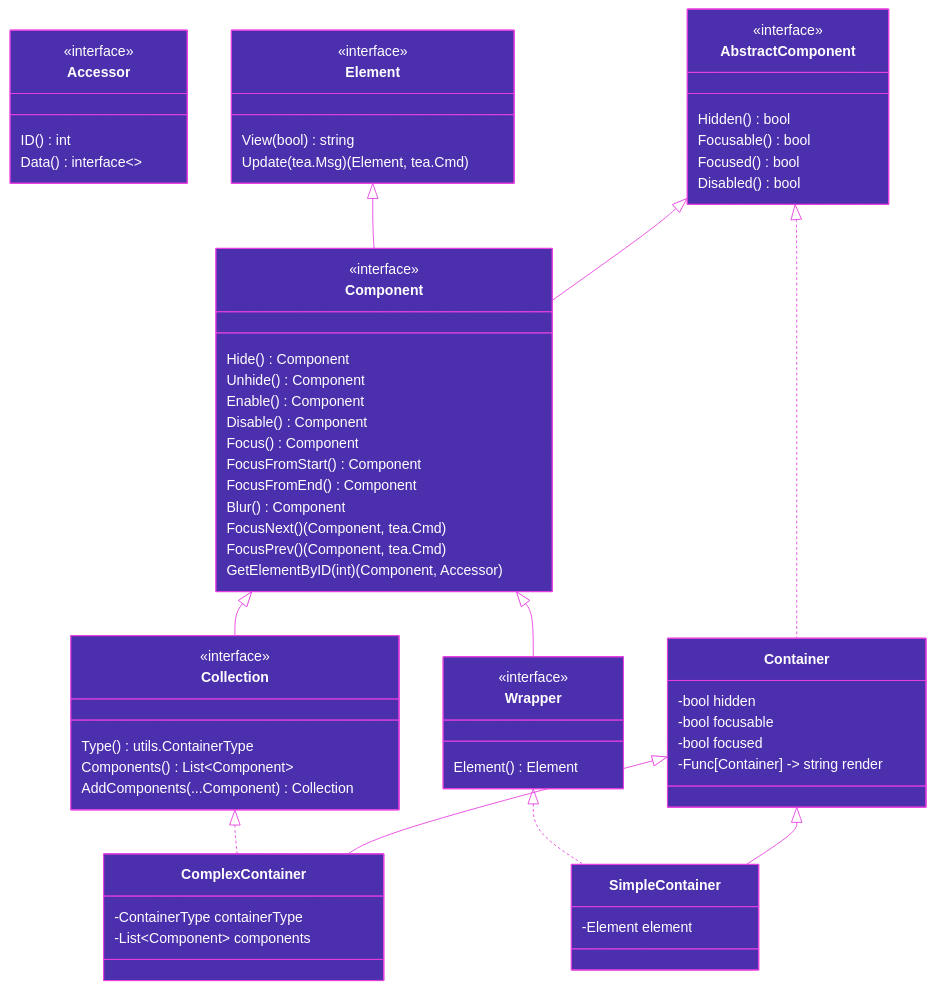
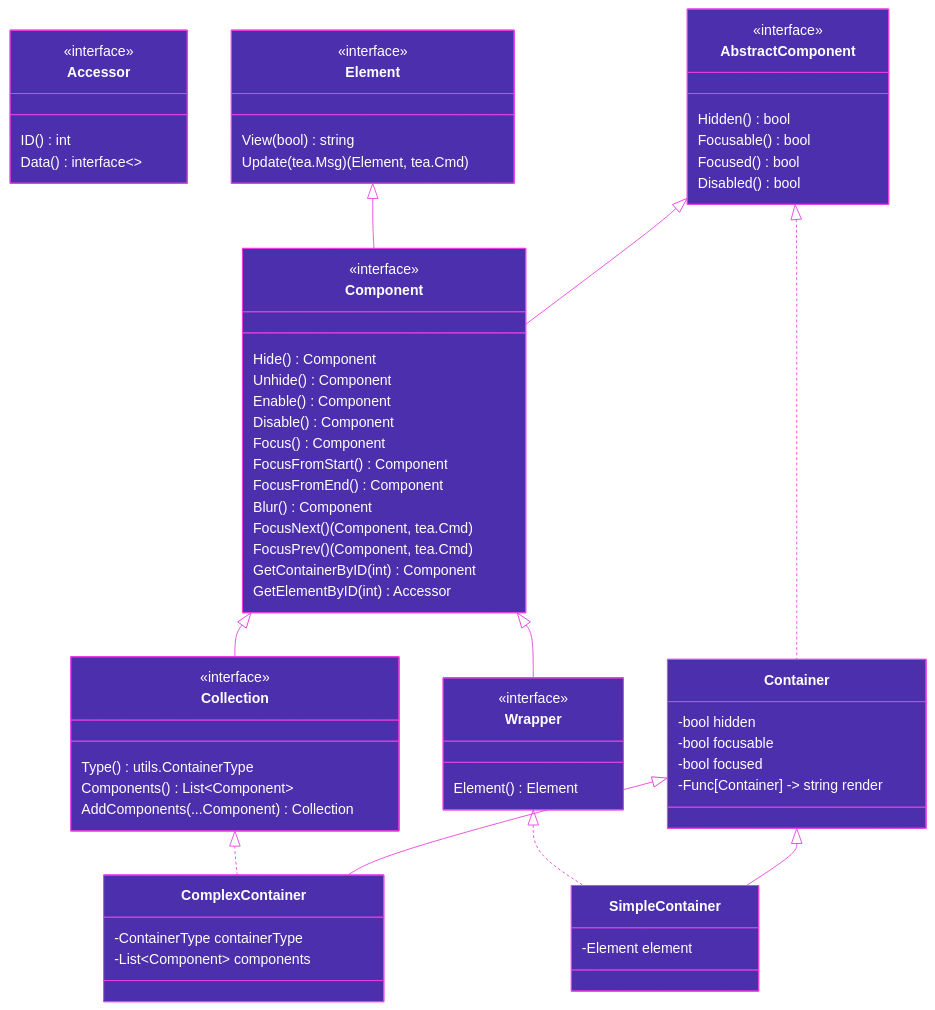
One commit to haykh/tuigo changed the second of 3 diagrams in README.md. Above: the diagram before and after it, drawn with Mermaid. The commit also changed 6 other files, not shown here.

Commit message:
exposed container adjustment options & separate element/component accessors

```diff
--- a/README.md
+++ b/README.md
@@ -107,7 +107,8 @@
     Blur() Component
     FocusNext() (Component, tea.Cmd)
     FocusPrev() (Component, tea.Cmd)
-    GetElementByID(int) (Component, Accessor)
+    GetContainerByID(int) Component
+    GetElementByID(int) Accessor
   }
   Element <|-- Component
   AbstractComponent <|-- Component
```
